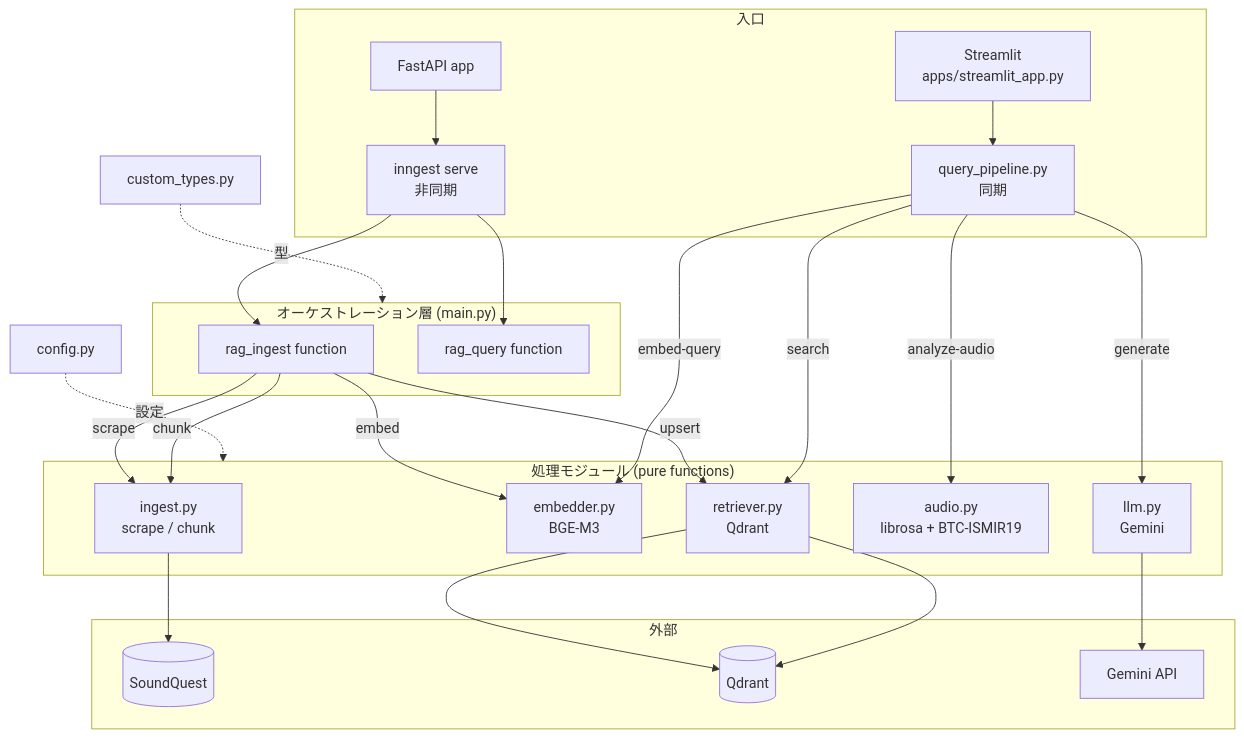
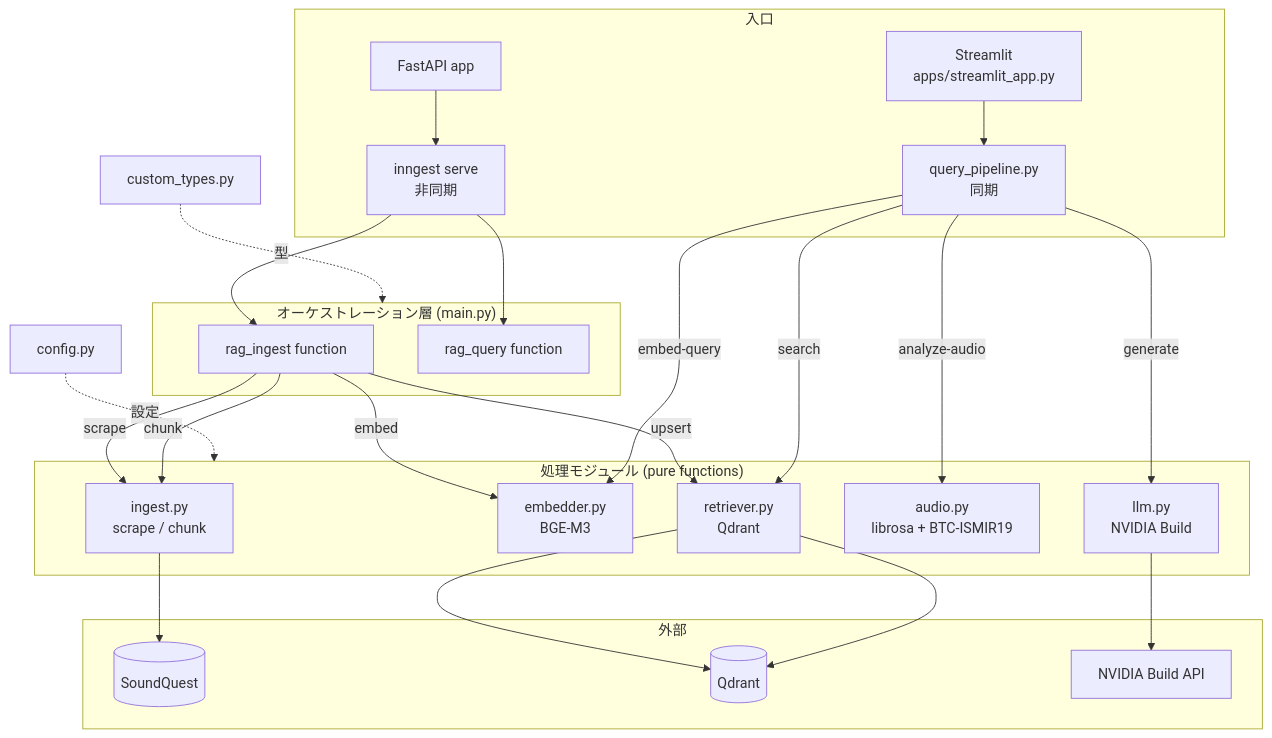
Before and after one commit to t3-sketch/RAG_Music_Tutor: the diagram in README.md, drawn with Mermaid. The commit also changed other lines of this file and 10 other files, not shown here.

````diff
--- a/README.md
+++ b/README.md
@@ -97,42 +139,42 @@
 ```mermaid
 flowchart TD
     subgraph entry["入口"]
         ST[Streamlit<br/>apps/streamlit_app.py] --> QP[query_pipeline.py<br/>同期]
         FA[FastAPI app] --> ING[inngest serve<br/>非同期]
     end
 
     subgraph orch["オーケストレーション層 (main.py)"]
         RI[rag_ingest function]
         RQ[rag_query function]
     end
 
     subgraph proc["処理モジュール (pure functions)"]
         ingest[ingest.py<br/>scrape / chunk]
         embedder[embedder.py<br/>BGE-M3]
         retriever[retriever.py<br/>Qdrant]
         audio[audio.py<br/>librosa + BTC-ISMIR19]
-        llm[llm.py<br/>Gemini]
+        llm[llm.py<br/>NVIDIA Build]
     end
 
     subgraph ext["外部"]
         SQ[(SoundQuest)]
         QD[(Qdrant)]
-        GM[Gemini API]
+        GM[NVIDIA Build API]
     end
 
     ING --> RI
     ING --> RQ
 
     RI -->|scrape| ingest --> SQ
     RI -->|chunk| ingest
     RI -->|embed| embedder
     RI -->|upsert| retriever --> QD
 
     QP -->|embed-query| embedder
     QP -->|search| retriever --> QD
     QP -->|analyze-audio| audio
     QP -->|generate| llm --> GM
 
     config[config.py] -.設定.-> proc
     types[custom_types.py] -.型.-> orch
 ```
````
